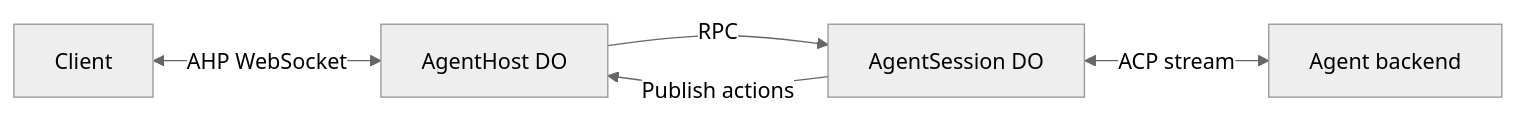
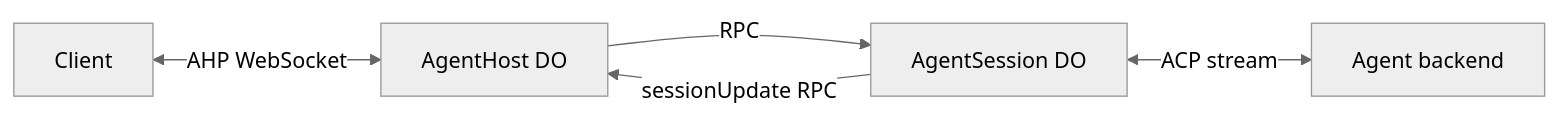
The diagram in apps/agent-host/README.md (natewong1313/experiments), drawn with Mermaid (neutral theme) before and after one commit. The commit also changed other lines of this file and 21 other files, not shown here.

````diff
--- a/apps/agent-host/README.md
+++ b/apps/agent-host/README.md
@@ -11,7 +11,7 @@
 ```mermaid
 flowchart LR
   Client <-->|AHP WebSocket| Host[AgentHost DO]
   Host -->|RPC| Session[AgentSession DO]
-  Session -->|Publish actions| Host
+  Session -->|sessionUpdate RPC| Host
   Session <-->|ACP stream| Backend[Agent backend]
 ```
````
